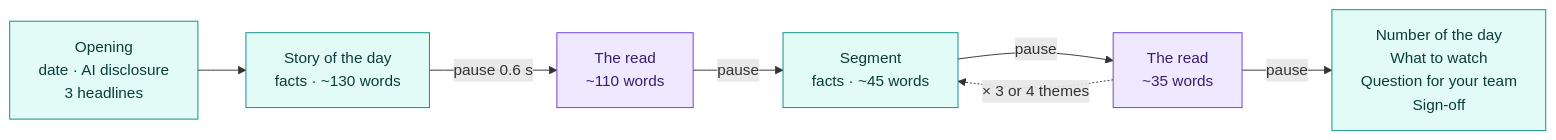
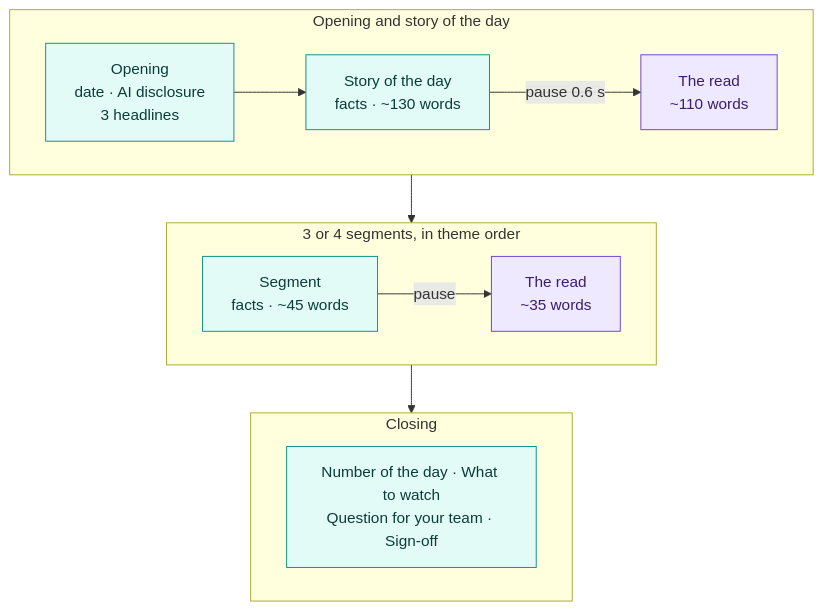
The second of 3 diagrams in README.md (GwendalYviquel/signal-in-the-ai-fog), drawn with Mermaid before and after one commit.

Commit message:
README: episode structure diagram on three rows
On GitHub, the single-row version was cramped and its last box hidden under
the diagram zoom controls.

````diff
--- a/README.md
+++ b/README.md
@@ -58,16 +58,20 @@
 ```mermaid
-flowchart LR
-    open["Opening<br/>date · AI disclosure<br/>3 headlines"]:::host
-    story["Story of the day<br/>facts · ~130 words"]:::host
-    sread["The read<br/>~110 words"]:::analyst
-    seg["Segment<br/>facts · ~45 words"]:::host
-    segread["The read<br/>~35 words"]:::analyst
-    tail["Number of the day<br/>What to watch<br/>Question for your team<br/>Sign-off"]:::host
-
-    open --> story -- "pause 0.6 s" --> sread -- "pause" --> seg -- "pause" --> segread
-    segread -. "× 3 or 4 themes" .-> seg
-    segread -- "pause" --> tail
+flowchart TB
+    subgraph A["Opening and story of the day"]
+        direction LR
+        open["Opening<br/>date · AI disclosure<br/>3 headlines"]:::host --> story["Story of the day<br/>facts · ~130 words"]:::host
+        story -- "pause 0.6 s" --> sread["The read<br/>~110 words"]:::analyst
+    end
+    subgraph B["3 or 4 segments, in theme order"]
+        direction LR
+        seg["Segment<br/>facts · ~45 words"]:::host -- "pause" --> segread["The read<br/>~35 words"]:::analyst
+    end
+    subgraph C["Closing"]
+        direction LR
+        tail["Number of the day · What to watch<br/>Question for your team · Sign-off"]:::host
+    end
+    A --> B --> C
 
     classDef host fill:#e3fbf7,stroke:#0b8f84,color:#0a3d38
     classDef analyst fill:#efe9ff,stroke:#6d3fd6,color:#3a1d6e
 ```
````
